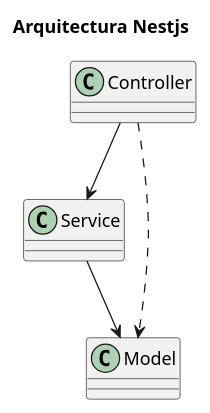
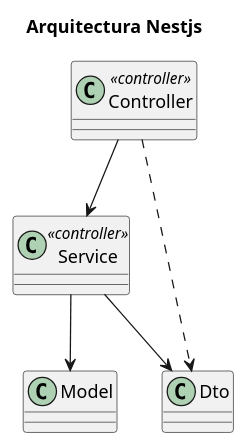
Before and after one commit to Master-Desarrollo-20-21/arquitectura-del-software-diagramas-de-tu-framework-kodenix: the diagram in nestjs/src/arquitectura-nestjs.puml, drawn with PlantUML. The commit also changed 10 other files, not shown here.

```diff
--- a/nestjs/src/arquitectura-nestjs.puml
+++ b/nestjs/src/arquitectura-nestjs.puml
@@ -1,13 +1,15 @@
 @startuml
 
 title "Arquitectura Nestjs"
 
-class Controller
-class Service
+class Controller <<controller>>
+class Service <<controller>>
 class Model
+class Dto
 
 Controller --> Service
 Service --> Model
-Controller ..> Model
+Service --> Dto
+Controller ..> Dto
 
 @enduml
```
